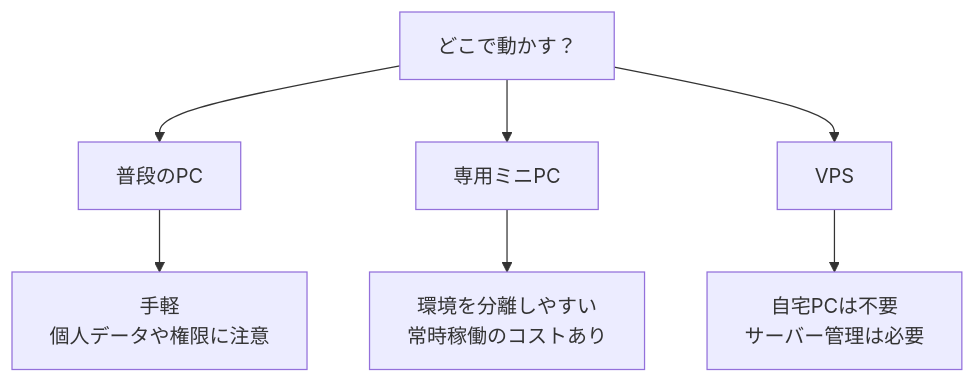
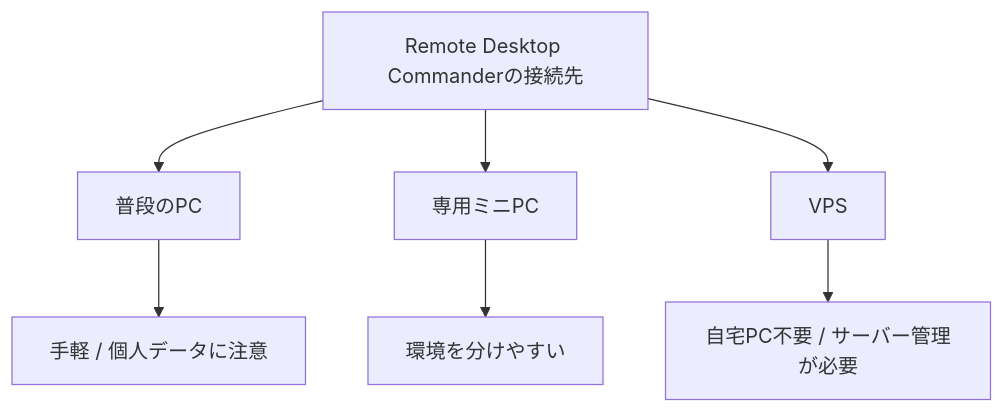
The fourth of 5 diagrams in articles/remote-desktop-commander-smartphone.md (kkoch5t2/zenn-contents), drawn with Mermaid before and after one commit. The commit also changed other lines of this file, not shown here.

Commit message:
docs: reorganize Remote Desktop Commander article

````diff
--- a/articles/remote-desktop-commander-smartphone.md
+++ b/articles/remote-desktop-commander-smartphone.md
@@ -124,9 +92,9 @@
 ```mermaid
 flowchart TD
-    A["どこで動かす？"] --> B["普段のPC"]
+    A["Remote Desktop Commanderの接続先"] --> B["普段のPC"]
     A --> C["専用ミニPC"]
     A --> D["VPS"]
-    B --> E["手軽<br/>個人データや権限に注意"]
-    C --> F["環境を分離しやすい<br/>常時稼働のコストあり"]
-    D --> G["自宅PCは不要<br/>サーバー管理は必要"]
+    B --> E["手軽 / 個人データに注意"]
+    C --> F["環境を分けやすい"]
+    D --> G["自宅PC不要 / サーバー管理が必要"]
 ```
````
